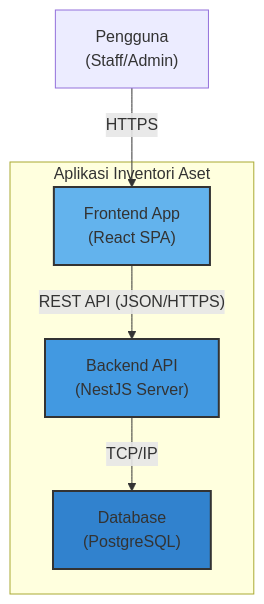
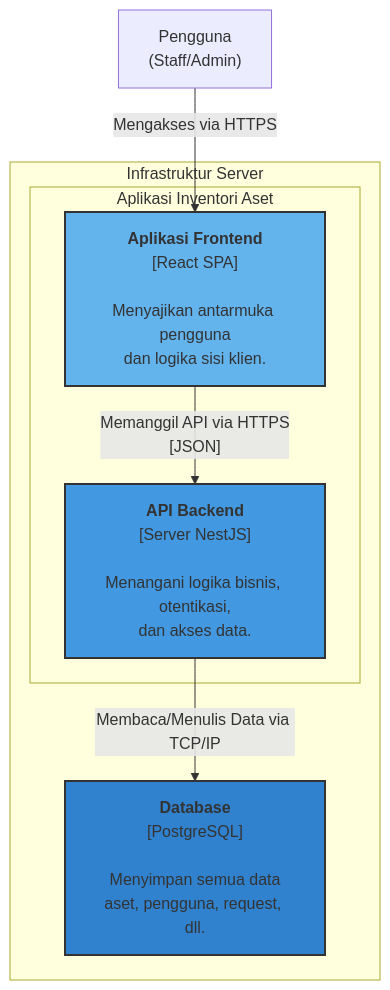
One commit to Asamaludi26/Inventory changed the second of 3 diagrams in Docs/01_CONCEPT_AND_ARCHITECTURE/ARCHITECTURE.md. Above: the diagram before and after it, drawn with Mermaid. The commit also changed other lines of this file and 22 other files, not shown here.

First line of the commit message:
docs: Update architectural diagrams and documentation

````diff
--- a/Docs/01_CONCEPT_AND_ARCHITECTURE/ARCHITECTURE.md
+++ b/Docs/01_CONCEPT_AND_ARCHITECTURE/ARCHITECTURE.md
@@ -54,18 +49,21 @@
 ```mermaid
 graph TD
-    subgraph "Aplikasi Inventori Aset"
-        F["Frontend App <br> (React SPA)"]
-        G["Backend API <br> (NestJS Server)"]
-        H["Database <br> (PostgreSQL)"]
+    A["Pengguna <br> (Staff/Admin)"]
+
+    subgraph "Infrastruktur Server"
+        subgraph "Aplikasi Inventori Aset"
+            F["<b>Aplikasi Frontend</b><br>[React SPA]<br><br>Menyajikan antarmuka pengguna<br>dan logika sisi klien."]
+            G["<b>API Backend</b><br>[Server NestJS]<br><br>Menangani logika bisnis, otentikasi,<br>dan akses data."]
+        end
+        
+        H["<b>Database</b><br>[PostgreSQL]<br><br>Menyimpan semua data<br>aset, pengguna, request, dll."]
     end
 
-    A["Pengguna <br> (Staff/Admin)"]
-
-    A -- "HTTPS" --> F
-    F -- "REST API (JSON/HTTPS)" --> G
-    G -- "TCP/IP" --> H
+    A -- "Mengakses via HTTPS" --> F
+    F -- "Memanggil API via HTTPS<br>[JSON]" --> G
+    G -- "Membaca/Menulis Data via TCP/IP" --> H
 
     style F fill:#63b3ed,stroke:#333,stroke-width:2px
     style G fill:#4299e1,stroke:#333,stroke-width:2px
     style H fill:#3182ce,stroke:#333,stroke-width:2px
 ```
````
